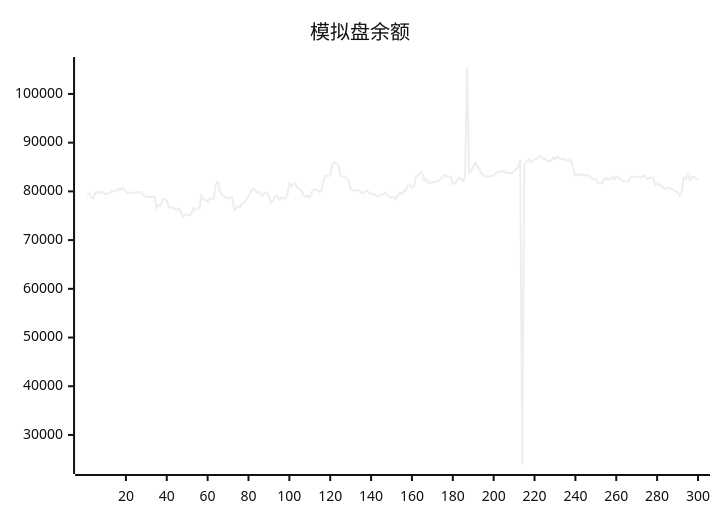
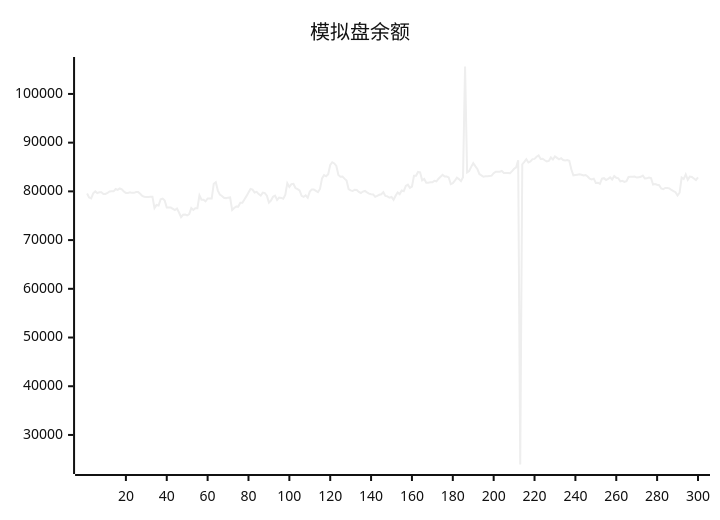
The diagram in README.md (aahl/ai-trading), drawn with Mermaid (neutral theme) before and after one commit. The commit also changed other lines of this file and 1 other file, not shown here.

````diff
--- a/README.md
+++ b/README.md
@@ -5,5 +5,5 @@
 ```mermaid
 xychart
     title "模拟盘余额"
-    line [79308,79567,78763,78563,79603,79988,79652,79813,79813,79476,79469,79673,79995,80015,80015,80486,80314,80600,80436,79966,79689,79689,79819,79692,79692,79850,79850,79518,79071,78889,78850,78850,78878,78878,76554,77202,77103,78357,78510,78106,76678,76677,76672,76411,76159,76485,75656,74695,75197,75246,75052,75334,76564,76179,76553,76551,79196,78300,78300,77944,78531,78531,78521,81564,81884,80160,79335,79055,78675,78580,78708,78764,76179,76586,76902,76876,77658,77669,78346,79023,79769,80497,80366,79761,79896,79448,79126,79749,79658,79097,77695,78114,78888,79126,78249,78738,78653,78478,79271,81680,80923,81488,81527,80681,80455,80190,79084,78879,79193,78686,79954,80403,80374,80118,79848,80491,82665,83351,83098,83525,85430,85983,85737,85221,83378,83014,83043,82613,82216,80477,80208,80081,80348,80277,79894,79670,79965,80093,79786,79542,79406,79371,78893,79087,79304,79406,79841,79072,78978,78696,78846,78272,79085,79787,79442,80198,80031,81120,81379,80718,80985,83214,83212,83993,83921,82270,82547,81776,81776,81866,81866,82158,82061,82596,83000,83408,83041,83050,82858,81503,81691,82188,82812,82517,82092,82901,105633,83898,84180,85030,85781,85178,84604,83569,83298,83008,83093,83107,83175,83228,83729,84025,84017,84019,84177,83775,83762,83785,83738,84160,84639,84939,86370,23934,85548,86046,86599,85942,86161,86622,86664,87115,87369,86666,86685,86384,86152,86243,86969,86548,87164,86885,86566,86809,86427,86348,86417,86273,84538,83299,83369,83430,83490,83404,83270,83362,83056,82605,82459,82614,81734,81788,81551,82598,82702,82320,82580,82878,82426,83139,82778,82686,82056,82166,81963,82110,82951,82983,82984,83038,82838,82915,82998,83235,82642,82682,82858,82746,81396,81512,81362,81277,80600,80461,80699,80673,80616,80288,80038,79836,79142,79722,82837,82533,83480,82366,83032,82960,82654,82330]
+    line [79567,78763,78563,79603,79988,79652,79813,79813,79476,79469,79673,79995,80015,80015,80486,80314,80600,80436,79966,79689,79689,79819,79692,79692,79850,79850,79518,79071,78889,78850,78850,78878,78878,76554,77202,77103,78357,78510,78106,76678,76677,76672,76411,76159,76485,75656,74695,75197,75246,75052,75334,76564,76179,76553,76551,79196,78300,78300,77944,78531,78531,78521,81564,81884,80160,79335,79055,78675,78580,78708,78764,76179,76586,76902,76876,77658,77669,78346,79023,79769,80497,80366,79761,79896,79448,79126,79749,79658,79097,77695,78114,78888,79126,78249,78738,78653,78478,79271,81680,80923,81488,81527,80681,80455,80190,79084,78879,79193,78686,79954,80403,80374,80118,79848,80491,82665,83351,83098,83525,85430,85983,85737,85221,83378,83014,83043,82613,82216,80477,80208,80081,80348,80277,79894,79670,79965,80093,79786,79542,79406,79371,78893,79087,79304,79406,79841,79072,78978,78696,78846,78272,79085,79787,79442,80198,80031,81120,81379,80718,80985,83214,83212,83993,83921,82270,82547,81776,81776,81866,81866,82158,82061,82596,83000,83408,83041,83050,82858,81503,81691,82188,82812,82517,82092,82901,105633,83898,84180,85030,85781,85178,84604,83569,83298,83008,83093,83107,83175,83228,83729,84025,84017,84019,84177,83775,83762,83785,83738,84160,84639,84939,86370,23934,85548,86046,86599,85942,86161,86622,86664,87115,87369,86666,86685,86384,86152,86243,86969,86548,87164,86885,86566,86809,86427,86348,86417,86273,84538,83299,83369,83430,83490,83404,83270,83362,83056,82605,82459,82614,81734,81788,81551,82598,82702,82320,82580,82878,82426,83139,82778,82686,82056,82166,81963,82110,82951,82983,82984,83038,82838,82915,82998,83235,82642,82682,82858,82746,81396,81512,81362,81277,80600,80461,80699,80673,80616,80288,80038,79836,79142,79722,82837,82533,83480,82366,83032,82960,82654,82330,82883]
 ```
````
